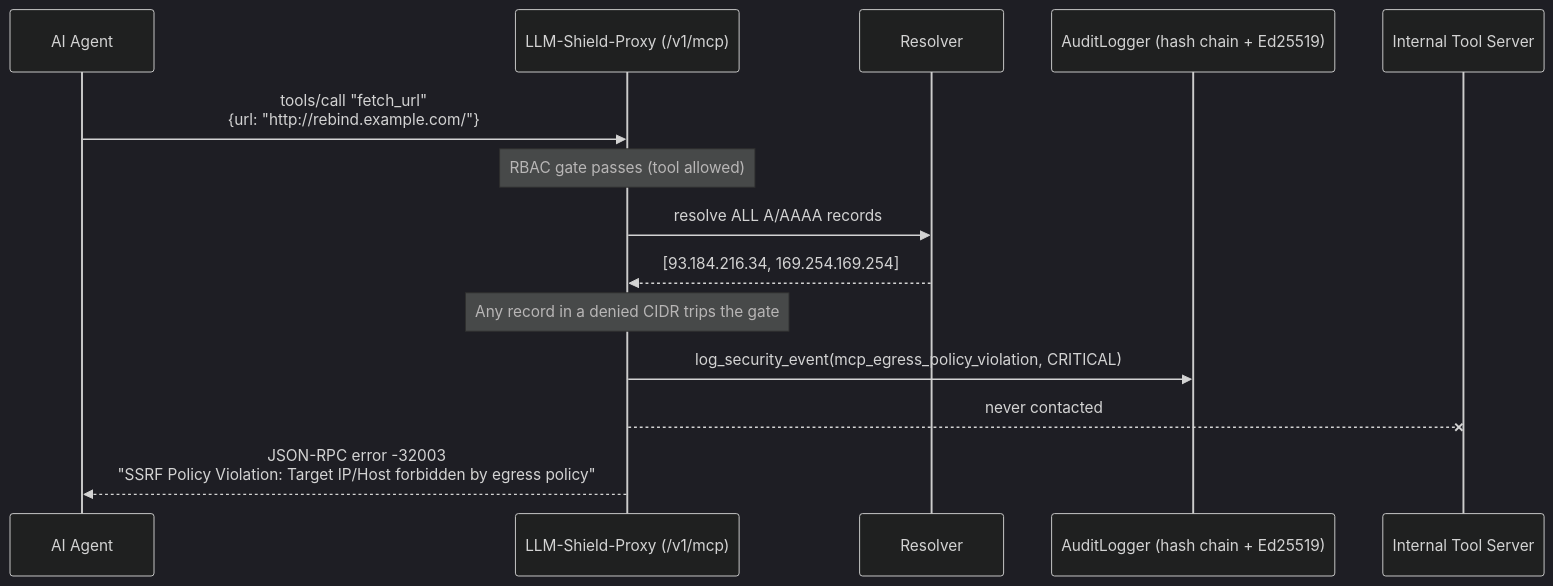
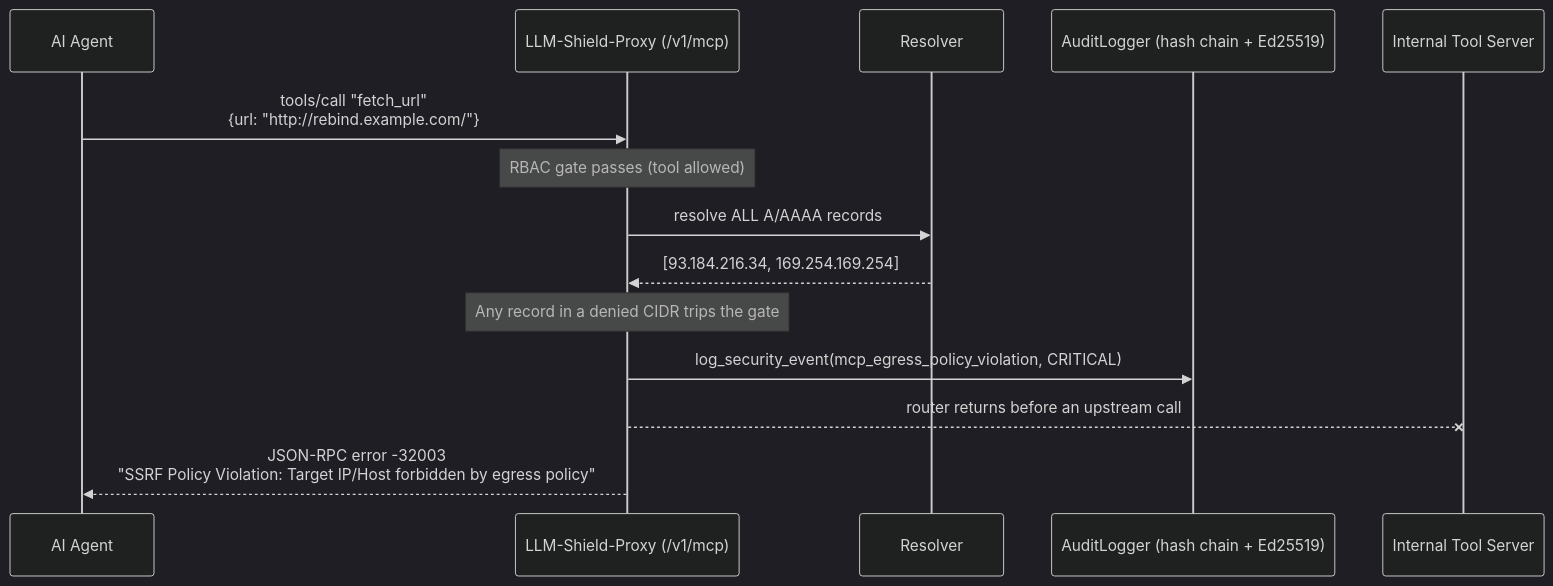
One commit to ninadphalak/LLM-Shield-Proxy changed the diagram in website/docs/features/secure-infrastructure-service-mesh/ssrf-dns-rebinding-egress-firewall.md. Above: the diagram before and after it, drawn with Mermaid (dark theme). The commit also changed other lines of this file and 86 other files, not shown here.

````diff
--- a/website/docs/features/secure-infrastructure-service-mesh/ssrf-dns-rebinding-egress-firewall.md
+++ b/website/docs/features/secure-infrastructure-service-mesh/ssrf-dns-rebinding-egress-firewall.md
@@ -58,17 +58,17 @@
 ```mermaid
 sequenceDiagram
     participant Agent as AI Agent
     participant Shield as LLM-Shield-Proxy (/v1/mcp)
     participant DNS as Resolver
     participant Audit as AuditLogger (hash chain + Ed25519)
     participant Tool as Internal Tool Server
 
     Agent->>Shield: tools/call "fetch_url"<br/>{url: "http://rebind.example.com/"}
     Note over Shield: RBAC gate passes (tool allowed)
     Shield->>DNS: resolve ALL A/AAAA records
     DNS-->>Shield: [93.184.216.34, 169.254.169.254]
     Note over Shield: Any record in a denied CIDR trips the gate
     Shield->>Audit: log_security_event(mcp_egress_policy_violation, CRITICAL)
-    Shield--xTool: never contacted
+    Shield--xTool: router returns before an upstream call
     Shield-->>Agent: JSON-RPC error -32003<br/>"SSRF Policy Violation: Target IP/Host forbidden by egress policy"
 ```
````
